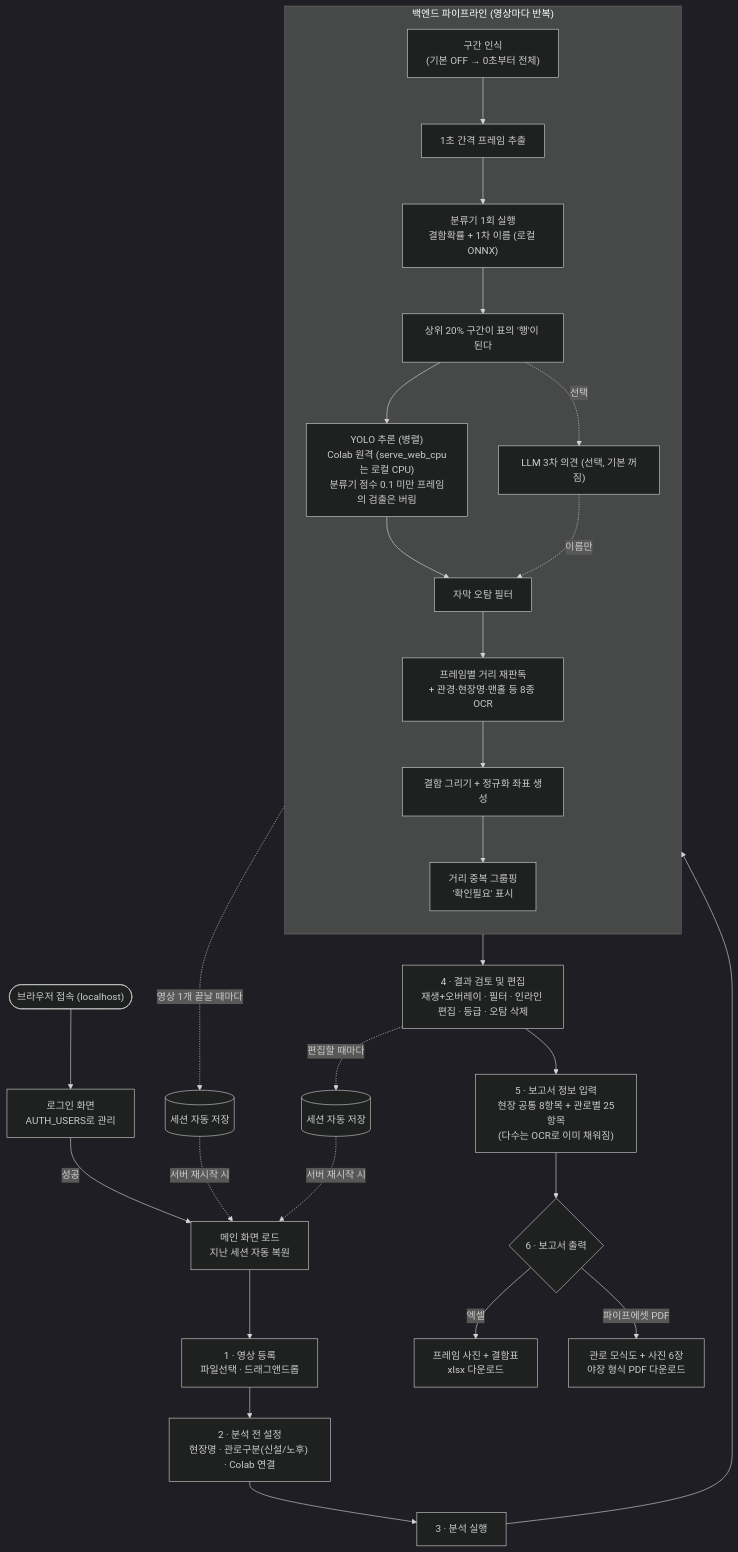
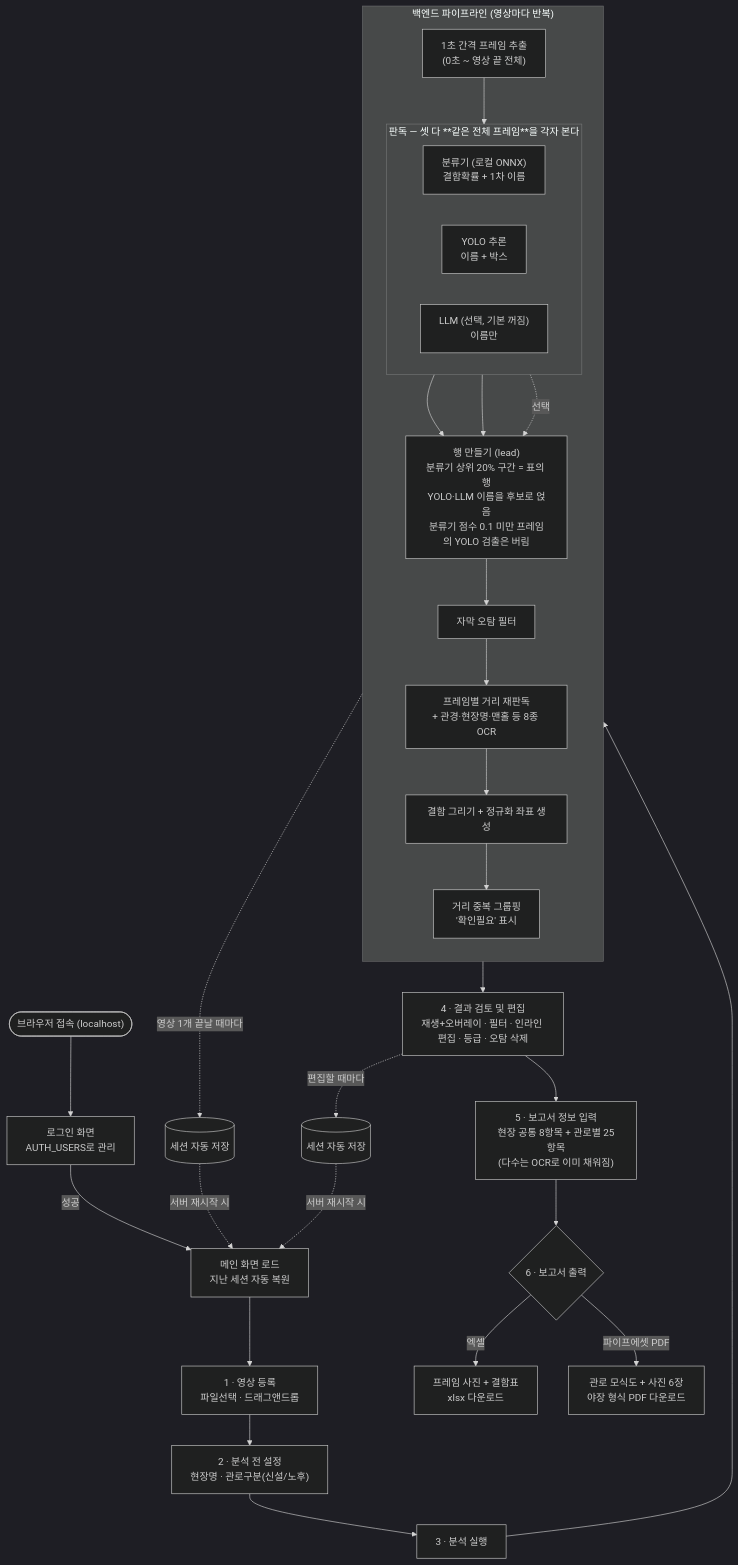
The diagram in docs/reports/2026-08-05-전체-유저플로우.md (Eunbee-K/AI_CCTV), drawn with Mermaid (dark theme) before and after one commit. The commit also changed other lines of this file, not shown here.

First line of the commit message:
docs: 유저플로우 그림이 없는 종속을 그리고 있던 것 수정

````diff
--- a/docs/reports/2026-08-05-전체-유저플로우.md
+++ b/docs/reports/2026-08-05-전체-유저플로우.md
@@ -13,43 +13,47 @@
 ```mermaid
 flowchart TD
     START(["브라우저 접속 (localhost)"]) --> LOGIN["로그인 화면<br/>AUTH_USERS로 관리"]
     LOGIN -- "성공" --> APP["메인 화면 로드<br/>지난 세션 자동 복원"]
 
     APP --> ADD["1 · 영상 등록<br/>파일선택 · 드래그앤드롭"]
-    ADD --> SETUP["2 · 분석 전 설정<br/>현장명 · 관로구분(신설/노후) · Colab 연결"]
+    ADD --> SETUP["2 · 분석 전 설정<br/>현장명 · 관로구분(신설/노후)"]
     SETUP --> RUN["3 · 분석 실행"]
 
     subgraph PIPE ["백엔드 파이프라인 (영상마다 반복)"]
         direction TB
-        P1["구간 인식<br/>(기본 OFF → 0초부터 전체)"]
-        P2["1초 간격 프레임 추출"]
-        P3["분류기 1회 실행<br/>결함확률 + 1차 이름 (로컬 ONNX)"]
-        P3B["상위 20% 구간이 표의 '행'이 된다"]
-        P4["YOLO 추론 (병렬)<br/>Colab 원격 (serve_web_cpu는 로컬 CPU)<br/>분류기 점수 0.1 미만 프레임의 검출은 버림"]
-        P4B["LLM 3차 의견 (선택, 기본 꺼짐)"]
-        P5["자막 오탐 필터"]
-        P6["프레임별 거리 재판독<br/>+ 관경·현장명·맨홀 등 8종 OCR"]
-        P7["결함 그리기 + 정규화 좌표 생성"]
-        P8["거리 중복 그룹핑<br/>'확인필요' 표시"]
-        P1 --> P2 --> P3 --> P3B
-        P3B --> P4
-        P3B -.선택.-> P4B
+        P2["1초 간격 프레임 추출<br/>(0초 ~ 영상 끝 전체)"]
+
+        subgraph READ ["판독 — 셋 다 **같은 전체 프레임**을 각자 본다"]
+            direction LR
+            P3["분류기 (로컬 ONNX)<br/>결함확률 + 1차 이름"]
+            P4["YOLO 추론<br/>이름 + 박스"]
+            P4B["LLM (선택, 기본 꺼짐)<br/>이름만"]
+        end
+
+        P5["행 만들기 (lead)<br/>분류기 상위 20% 구간 = 표의 행<br/>YOLO·LLM 이름을 후보로 얹음<br/>분류기 점수 0.1 미만 프레임의 YOLO 검출은 버림"]
+        P6["자막 오탐 필터"]
+        P7["프레임별 거리 재판독<br/>+ 관경·현장명·맨홀 등 8종 OCR"]
+        P8["결함 그리기 + 정규화 좌표 생성"]
+        P9["거리 중복 그룹핑<br/>'확인필요' 표시"]
+
+        P2 --> READ
+        P3 --> P5
         P4 --> P5
-        P4B -.이름만.-> P5
-        P5 --> P6 --> P7 --> P8
+        P4B -.선택.-> P5
+        P5 --> P6 --> P7 --> P8 --> P9
     end
 
     RUN --> PIPE
     PIPE -.영상 1개 끝날 때마다.-> SAVE1[("세션 자동 저장")]
 
     PIPE --> REVIEW["4 · 결과 검토 및 편집<br/>재생+오버레이 · 필터 · 인라인 편집 · 등급 · 오탐 삭제"]
     REVIEW -.편집할 때마다.-> SAVE2[("세션 자동 저장")]
 
     REVIEW --> META["5 · 보고서 정보 입력<br/>현장 공통 8항목 + 관로별 25항목<br/>(다수는 OCR로 이미 채워짐)"]
     META --> EXPORT{"6 · 보고서 출력"}
     EXPORT -- "엑셀" --> XLSX["프레임 사진 + 결함표<br/>xlsx 다운로드"]
     EXPORT -- "파이프에셋 PDF" --> PDF["관로 모식도 + 사진 6장<br/>야장 형식 PDF 다운로드"]
 
     SAVE1 -.서버 재시작 시.-> APP
     SAVE2 -.서버 재시작 시.-> APP
 ```
````
